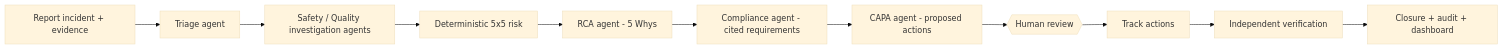
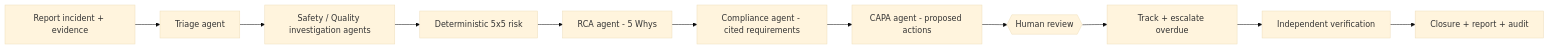
One commit to sricharansk/SITEGUARD-AI changed the diagram in README.md. Above: the diagram before and after it, drawn with Mermaid (base theme). The commit also changed other lines of this file and 91 other files, not shown here.

````diff
--- a/README.md
+++ b/README.md
@@ -14,11 +17,11 @@
 ```mermaid
 flowchart LR
     A[Report incident + evidence] --> B[Triage agent]
     B --> C[Safety / Quality investigation agents]
     C --> D[Deterministic 5x5 risk]
     D --> E[RCA agent - 5 Whys]
     E --> F[Compliance agent - cited requirements]
     F --> G[CAPA agent - proposed actions]
     G --> H{{Human review}}
-    H --> I[Track actions] --> J[Independent verification] --> K[Closure + audit + dashboard]
+    H --> I[Track + escalate overdue] --> J[Independent verification] --> K[Closure + report + audit]
 ```
````
